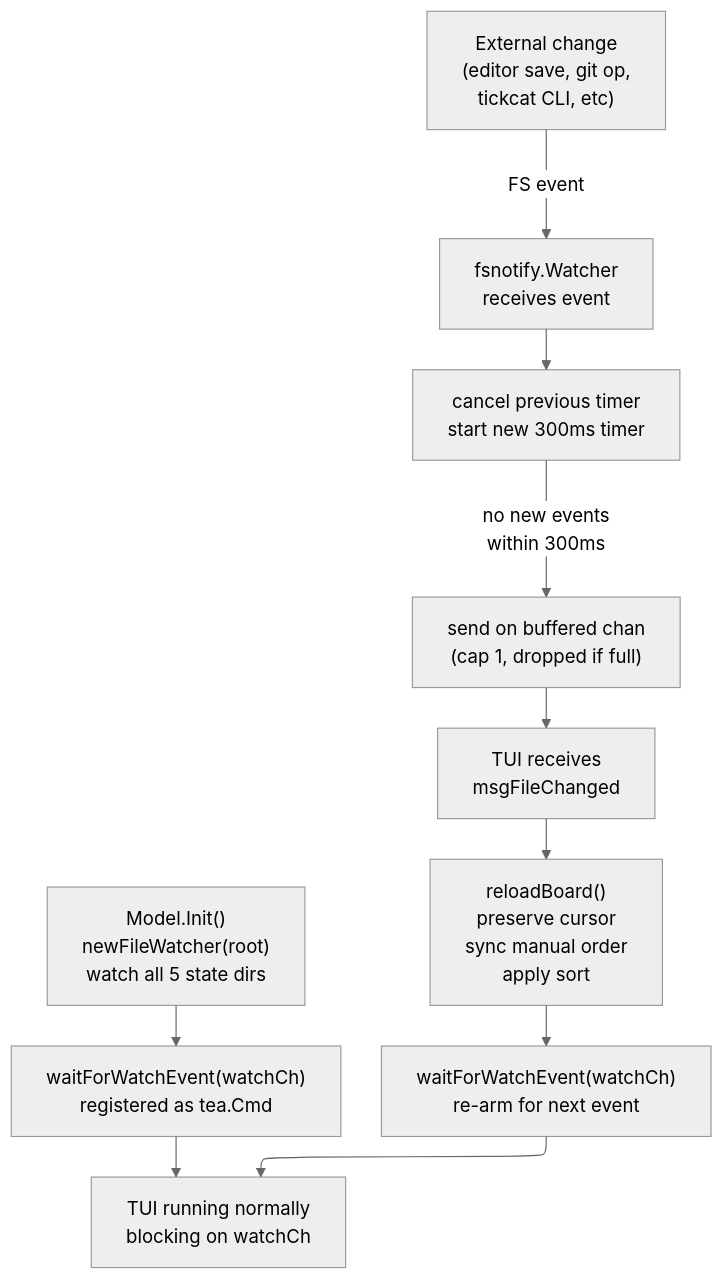
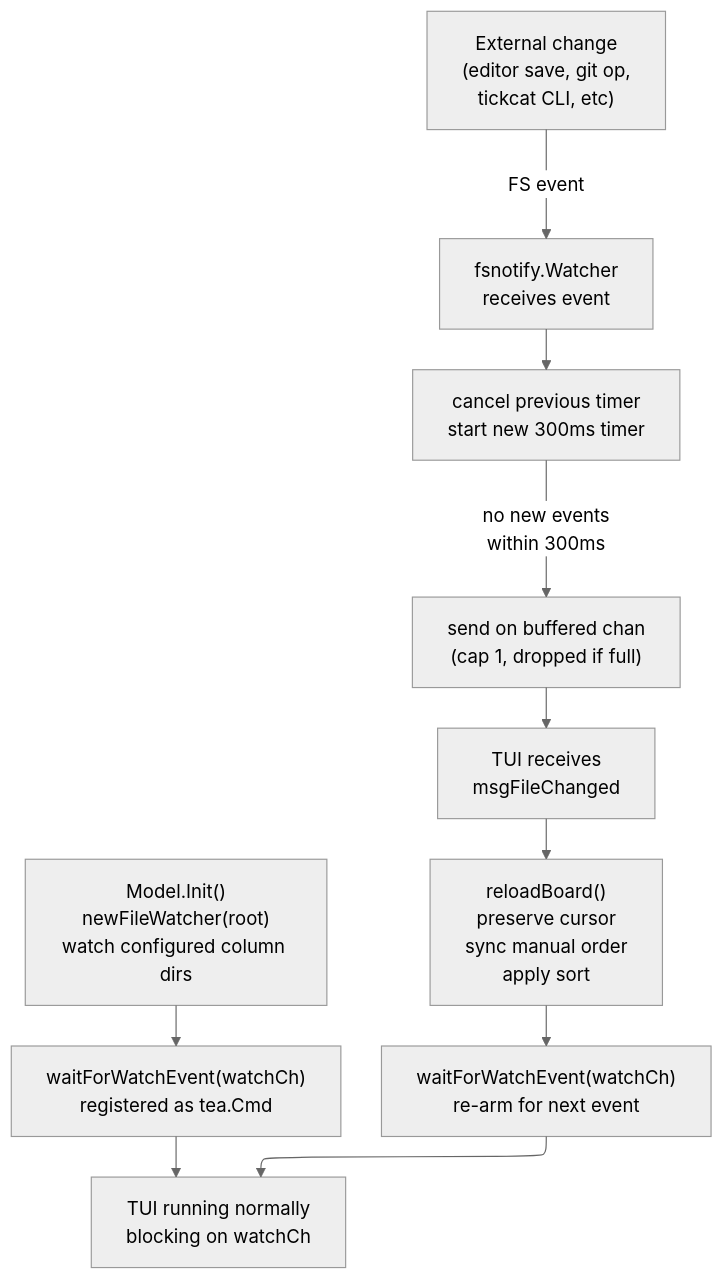
Before and after one commit to dawidsok/tickcats: the first of 3 diagrams in docs/flows/file-watching.md, drawn with Mermaid (neutral theme). The commit also changed other lines of this file and 29 other files, not shown here.

````diff
--- a/docs/flows/file-watching.md
+++ b/docs/flows/file-watching.md
@@ -7,15 +7,15 @@
 ```mermaid
 %%{init: {"flowchart": {"defaultRenderer": "elk"}} }%%
 flowchart TD
-    Init["Model.Init()\nnewFileWatcher(root)\nwatch all 5 state dirs"]
+    Init["Model.Init()\nnewFileWatcher(root)\nwatch configured column dirs"]
     Init --> Arm["waitForWatchEvent(watchCh)\nregistered as tea.Cmd"]
     Arm --> Waiting["TUI running normally\nblocking on watchCh"]
 
     FS["External change\n(editor save, git op,\ntickcat CLI, etc)"] -->|"FS event"| Watcher["fsnotify.Watcher\nreceives event"]
     Watcher --> Debounce["cancel previous timer\nstart new 300ms timer"]
     Debounce -->|"no new events\nwithin 300ms"| Signal["send on buffered chan\n(cap 1, dropped if full)"]
     Signal --> MsgReceived["TUI receives\nmsgFileChanged"]
     MsgReceived --> Reload["reloadBoard()\npreserve cursor\nsync manual order\napply sort"]
     Reload --> ReArm["waitForWatchEvent(watchCh)\nre-arm for next event"]
     ReArm --> Waiting
 ```
````
